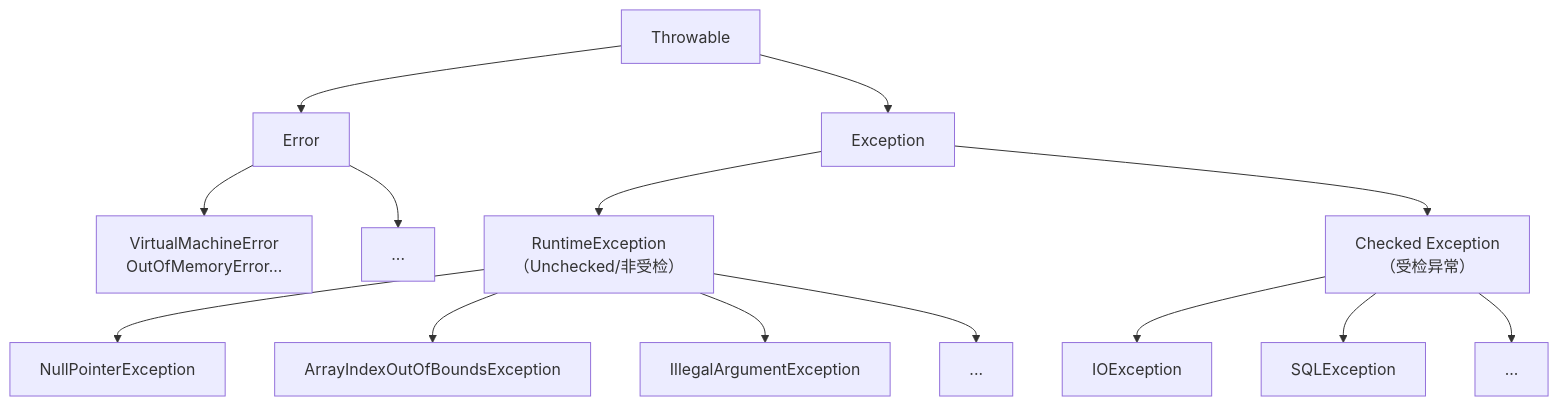
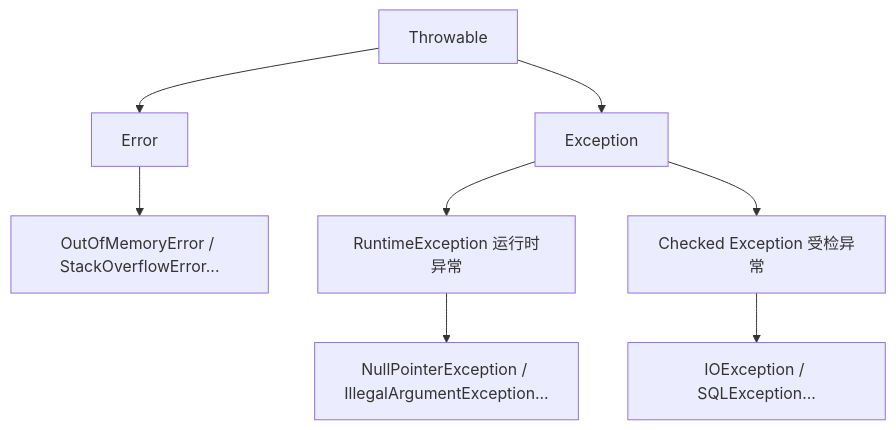
Before and after one commit to zz12121/KnowledgeDevelope: the diagram in 10_DevelopLanguage/001_Java/01_JavaBaseSubject/08、异常处理.md, drawn with Mermaid. The commit also changed other lines of this file and 132 other files, not shown here.

````diff
--- a/10_DevelopLanguage/001_Java/01_JavaBaseSubject/08、异常处理.md
+++ b/10_DevelopLanguage/001_Java/01_JavaBaseSubject/08、异常处理.md
@@ -3,20 +18,10 @@
 ```mermaid
 flowchart TD
     A[Throwable] --> B[Error]
     A --> C[Exception]
-    
-    B --> B1[VirtualMachineError<br>OutOfMemoryError...]
-    B --> B2[...]
-    
-    C --> C1[RuntimeException<br>（Unchecked/非受检）]
-    C --> C2[Checked Exception<br>（受检异常）]
-    
-    C1 --> C11[NullPointerException]
-    C1 --> C12[ArrayIndexOutOfBoundsException]
-    C1 --> C13[IllegalArgumentException]
-    C1 --> C14[...]
-    
-    C2 --> C21[IOException]
-    C2 --> C22[SQLException]
-    C2 --> C23[...]
+    B --> B1[OutOfMemoryError / StackOverflowError...]
+    C --> C1[RuntimeException 运行时异常]
+    C --> C2[Checked Exception 受检异常]
+    C1 --> C11[NullPointerException / IllegalArgumentException...]
+    C2 --> C21[IOException / SQLException...]
 ```
````
